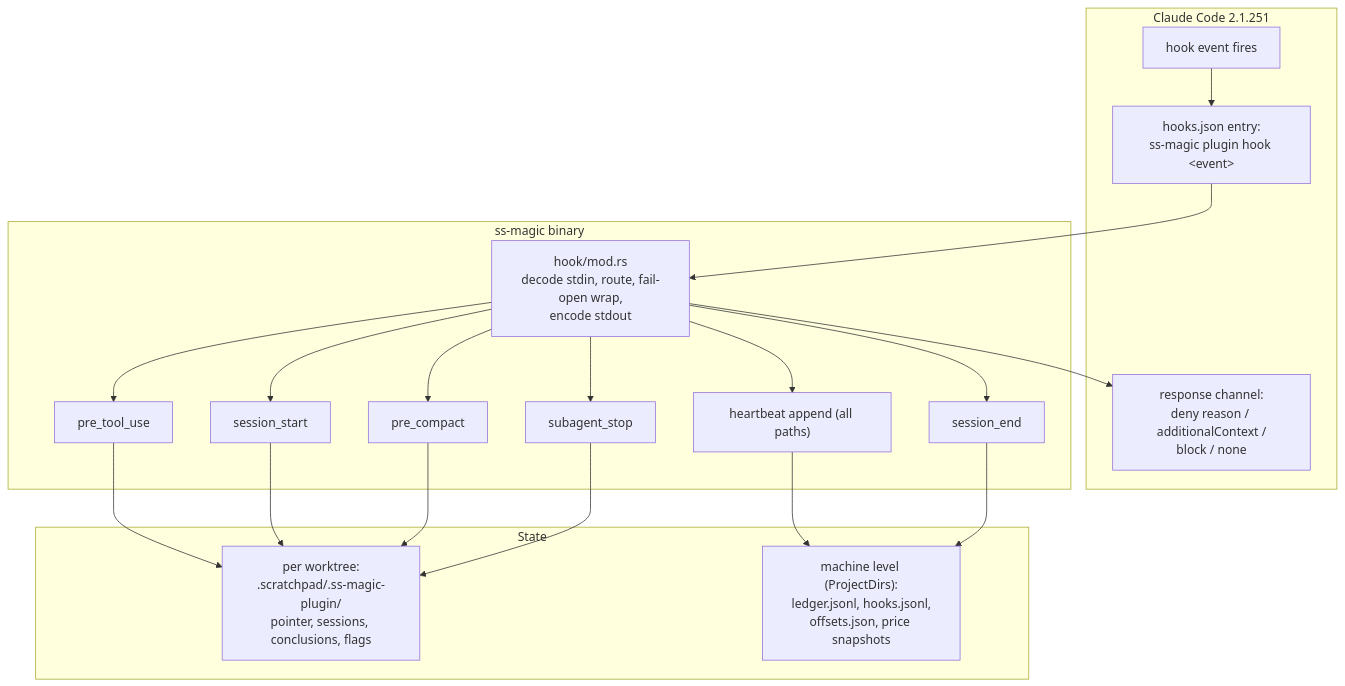
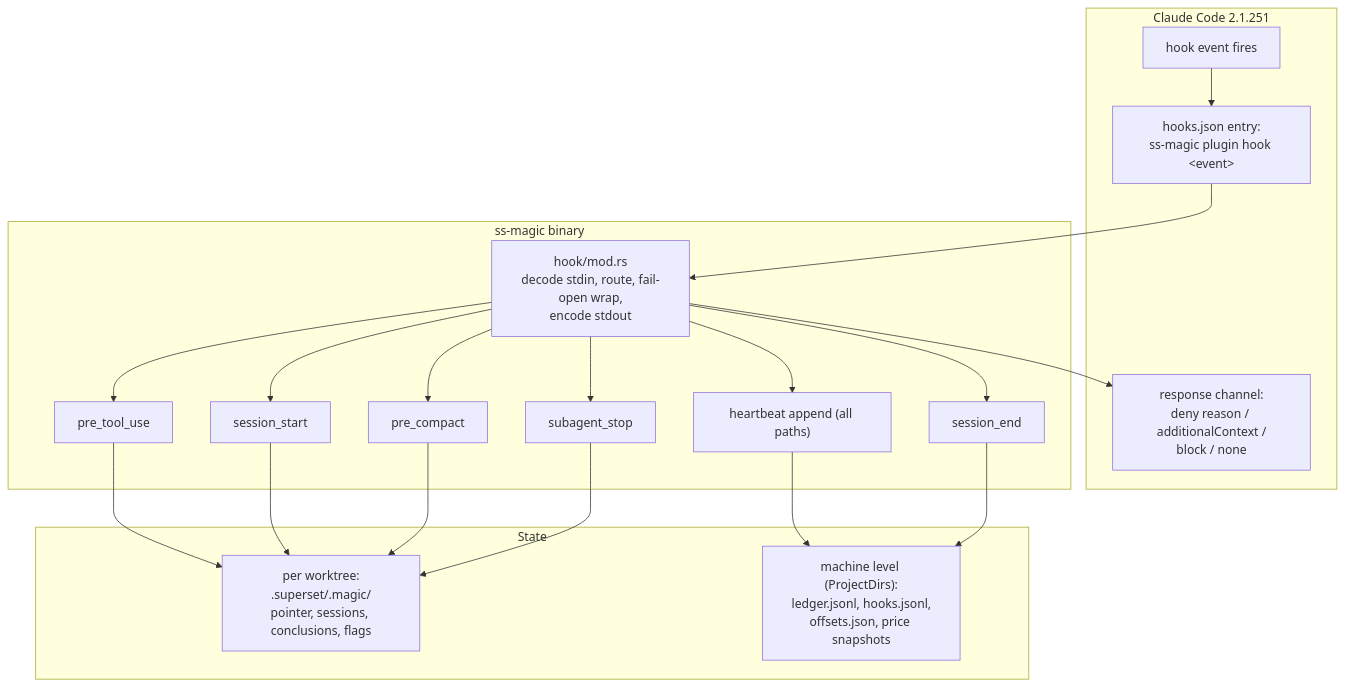
Before and after one commit to ViktorStiskala/superset-magic: the first of 4 diagrams in docs/plans/2026-08-29-001-feat-ss-magic-claude-plugin-plan.md, drawn with Mermaid. The commit also changed other lines of this file and 8 other files, not shown here.

````diff
--- a/docs/plans/2026-08-29-001-feat-ss-magic-claude-plugin-plan.md
+++ b/docs/plans/2026-08-29-001-feat-ss-magic-claude-plugin-plan.md
@@ -279,30 +410,30 @@
 ```mermaid
 flowchart TB
   subgraph harness["Claude Code 2.1.251"]
     EV["hook event fires"]
     HJ["hooks.json entry:<br/>ss-magic plugin hook &lt;event&gt;"]
     CH["response channel:<br/>deny reason / additionalContext /<br/>block / none"]
   end
   subgraph bin["ss-magic binary"]
     ROUTE["hook/mod.rs<br/>decode stdin, route, fail-open wrap,<br/>encode stdout"]
     PTU["pre_tool_use"]
     SS["session_start"]
     PC["pre_compact"]
     SAS["subagent_stop"]
     SE["session_end"]
     HB["heartbeat append (all paths)"]
   end
   subgraph state["State"]
-    WT["per worktree:<br/>.scratchpad/.ss-magic-plugin/<br/>pointer, sessions, conclusions, flags"]
+    WT["per worktree:<br/>.superset/.magic/<br/>pointer, sessions, conclusions, flags"]
     MACH["machine level (ProjectDirs):<br/>ledger.jsonl, hooks.jsonl,<br/>offsets.json, price snapshots"]
   end
   EV --> HJ --> ROUTE
   ROUTE --> PTU & SS & PC & SAS & SE
   ROUTE --> HB --> MACH
   PTU --> WT
   SS --> WT
   PC --> WT
   SAS --> WT
   SE --> MACH
   ROUTE --> CH
 ```
````
